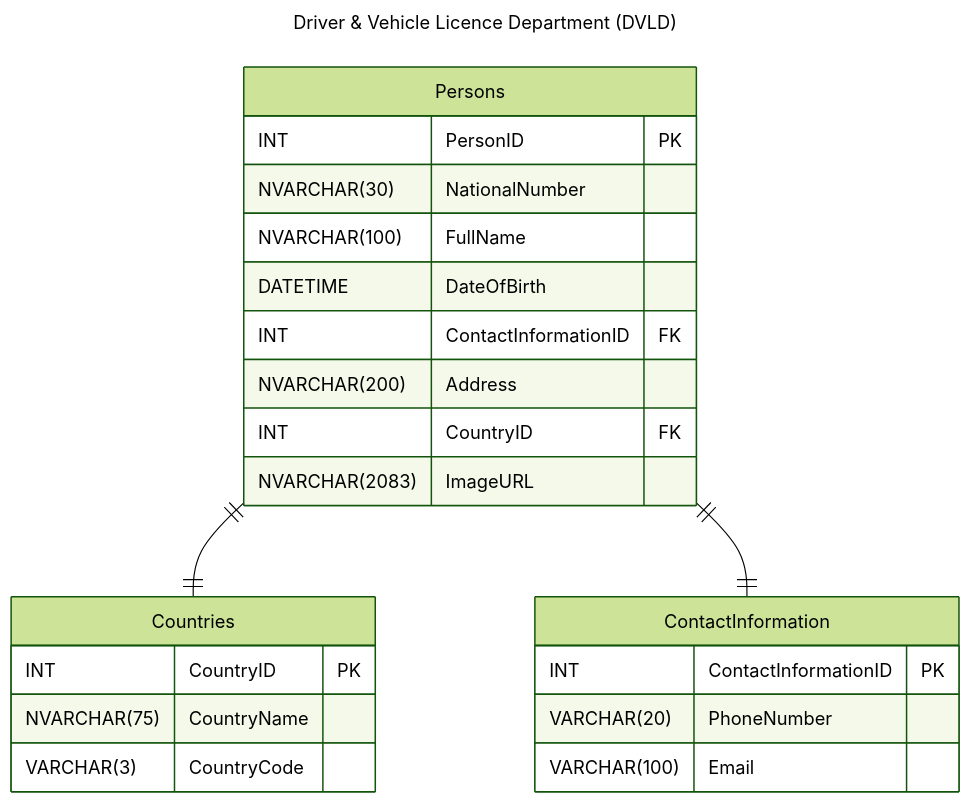
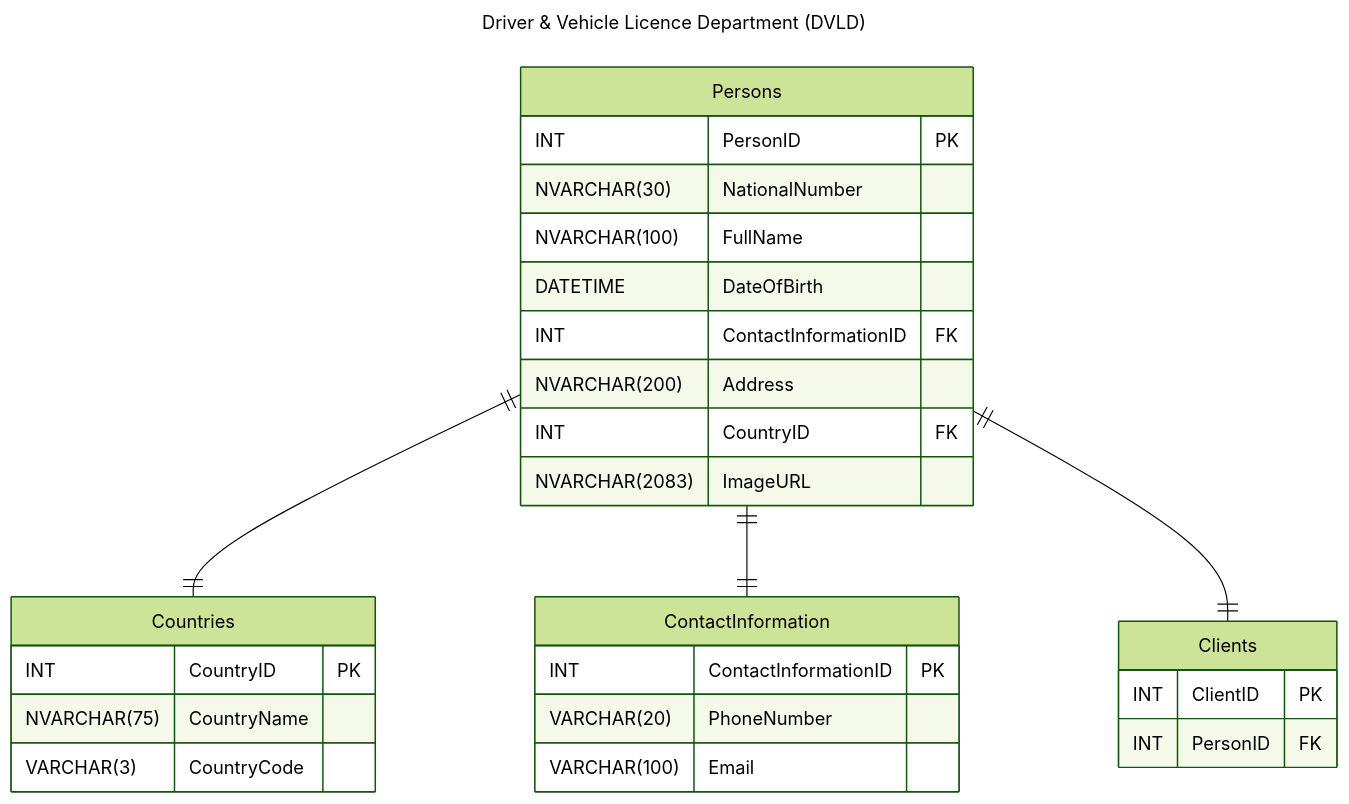
One commit to M4MD24/Full-Real-Project-by-Programming-Advices changed the diagram in RelationalSchema/DriverAndVehicleLicensingDepartment.mmd. Above: the diagram before and after it, drawn with Mermaid (forest theme).

Commit message:
Create (Clients) Tables and Set Relationships

```diff
--- a/RelationalSchema/DriverAndVehicleLicensingDepartment.mmd
+++ b/RelationalSchema/DriverAndVehicleLicensingDepartment.mmd
@@ -1,27 +1,32 @@
 ---
 title: Driver & Vehicle Licence Department (DVLD)
 ---
 erDiagram
     Persons {
         INT PersonID PK
         NVARCHAR(30) NationalNumber
         NVARCHAR(100) FullName
         DATETIME DateOfBirth
         INT ContactInformationID FK
         NVARCHAR(200) Address
         INT CountryID FK
         NVARCHAR(2083) ImageURL
     }
     Countries {
         INT CountryID PK
         NVARCHAR(75) CountryName
         VARCHAR(3) CountryCode
     }
     ContactInformation {
         INT ContactInformationID PK
         VARCHAR(20) PhoneNumber
         VARCHAR(100) Email
     }
+    Clients {
+        INT ClientID PK
+        INT PersonID FK
+    }
 
     Persons ||--|| Countries: ""
     Persons ||--|| ContactInformation: ""
+    Persons ||--|| Clients: ""
```
